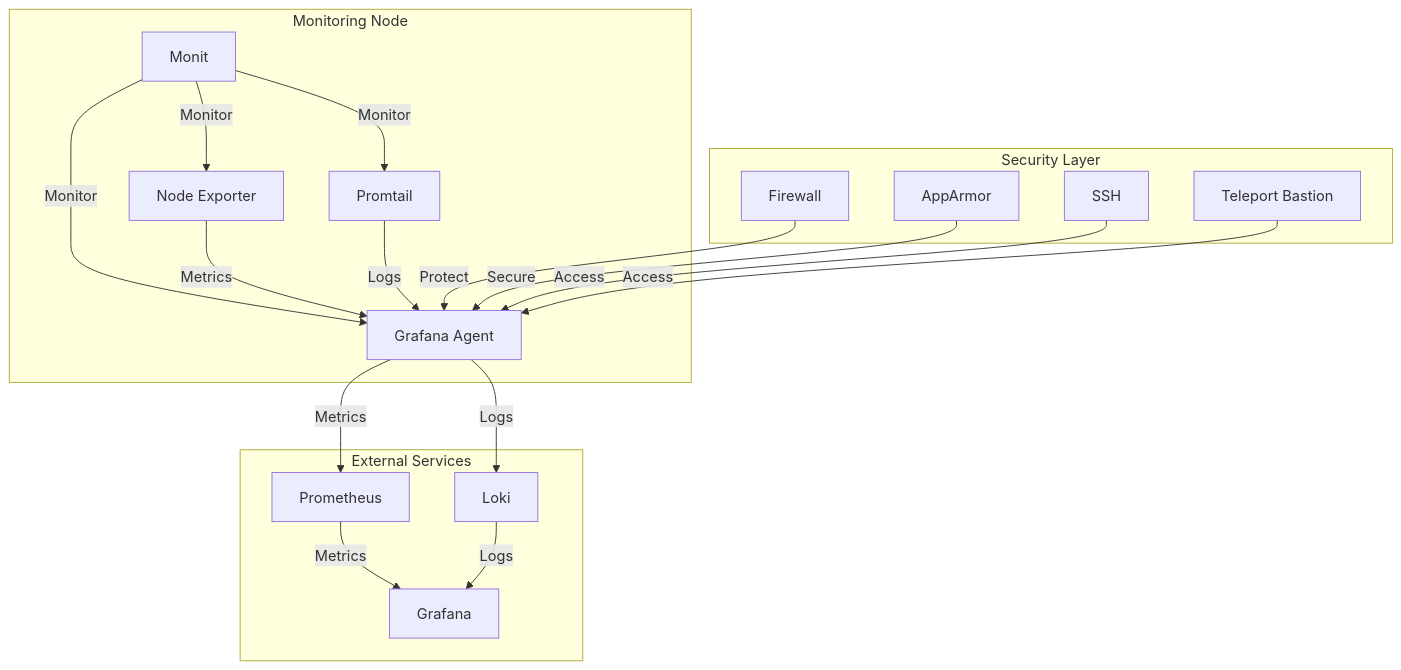
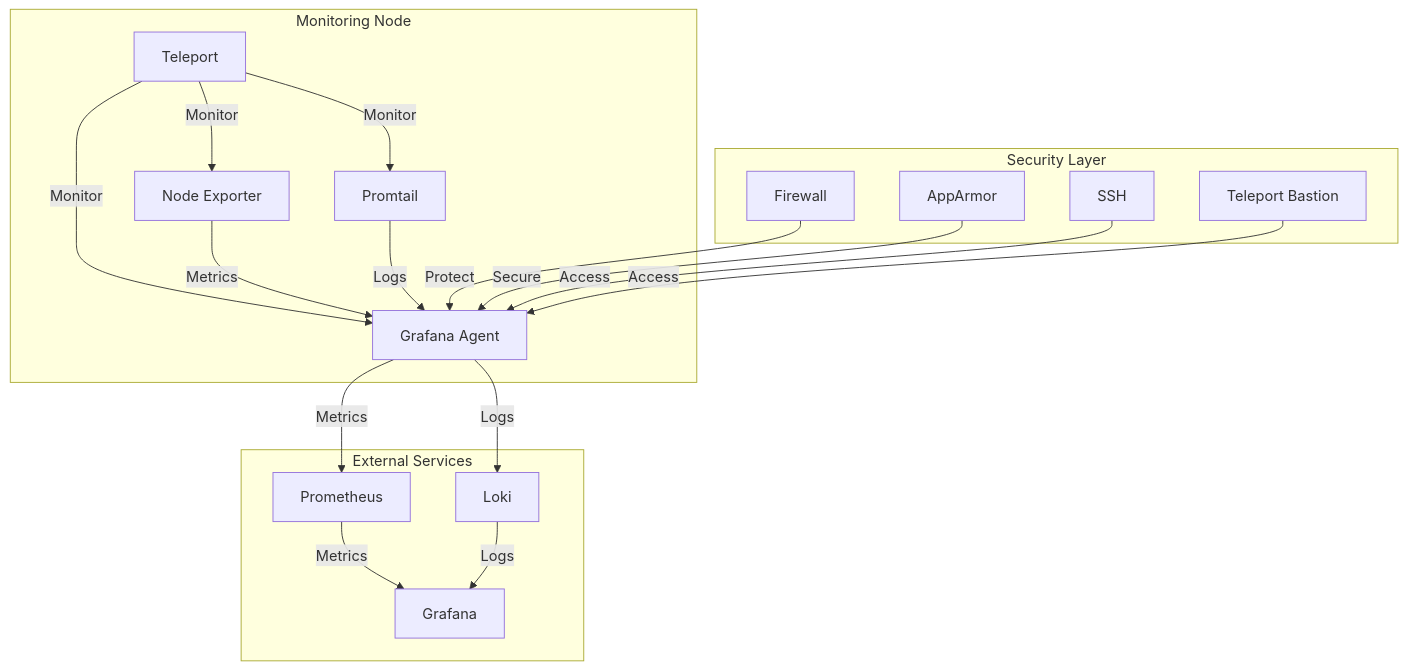
One commit to pampatzoglou/provision-validators changed the first of 2 diagrams in roles/admin/README.md. Above: the diagram before and after it, drawn with Mermaid. The commit also changed other lines of this file and 27 other files, not shown here.

````diff
--- a/roles/admin/README.md
+++ b/roles/admin/README.md
@@ -230,36 +212,36 @@
 ```mermaid
 graph TD
     subgraph Monitoring Node
         A[Node Exporter]
         B[Grafana Agent]
         C[Promtail]
-        M[Monit] --> |Monitor| B
+        M[Teleport] --> |Monitor| B
         M --> |Monitor| A
         M --> |Monitor| C
     end
 
     subgraph External Services
         D[Prometheus]
         E[Loki]
         F[Grafana]
         D --> |Metrics| F
         E --> |Logs| F
     end
     
     subgraph Security Layer
         G[Firewall]
         H[AppArmor]
         I[SSH]
         J[Teleport Bastion]
     end
 
     A --> |Metrics| B
     C --> |Logs| B
     B --> |Metrics| D
     B --> |Logs| E
 
     G --> |Protect| B
     H --> |Secure| B
     I --> |Access| B
     J --> |Access| B
 ```
````
